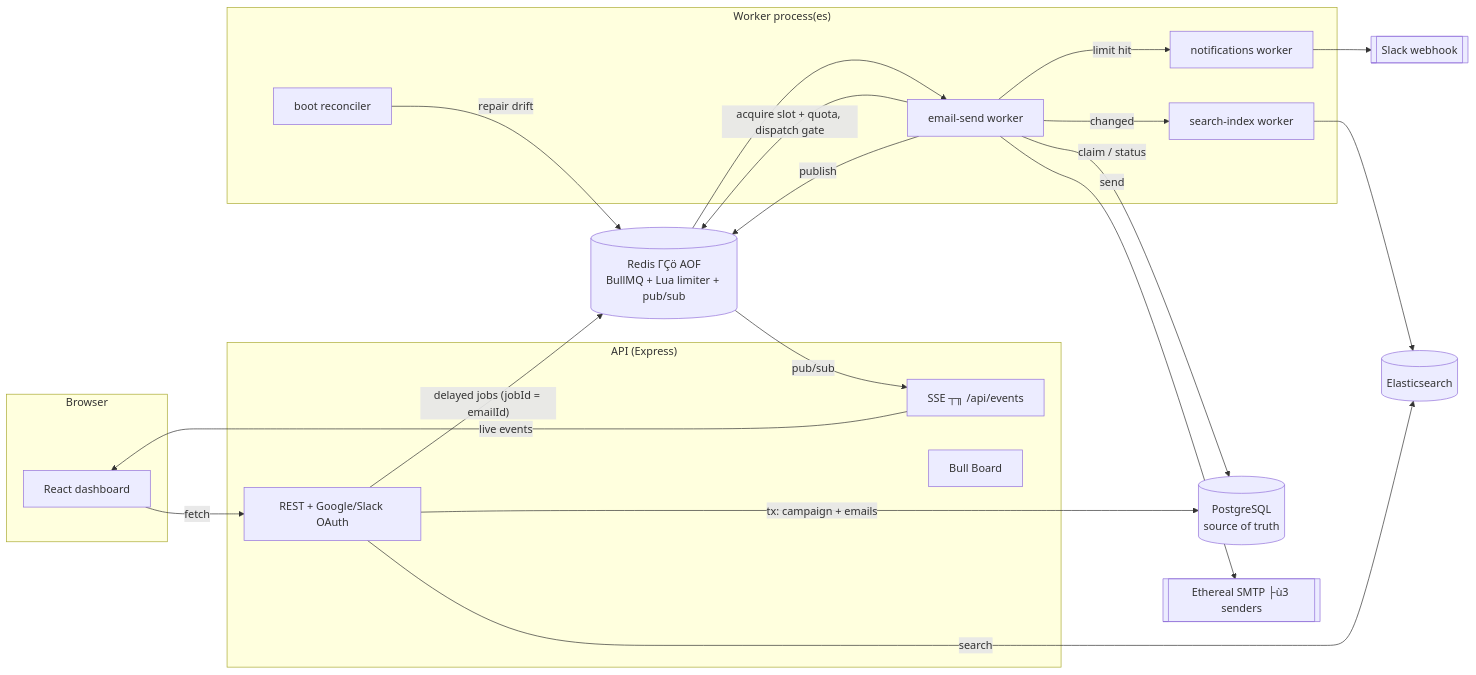
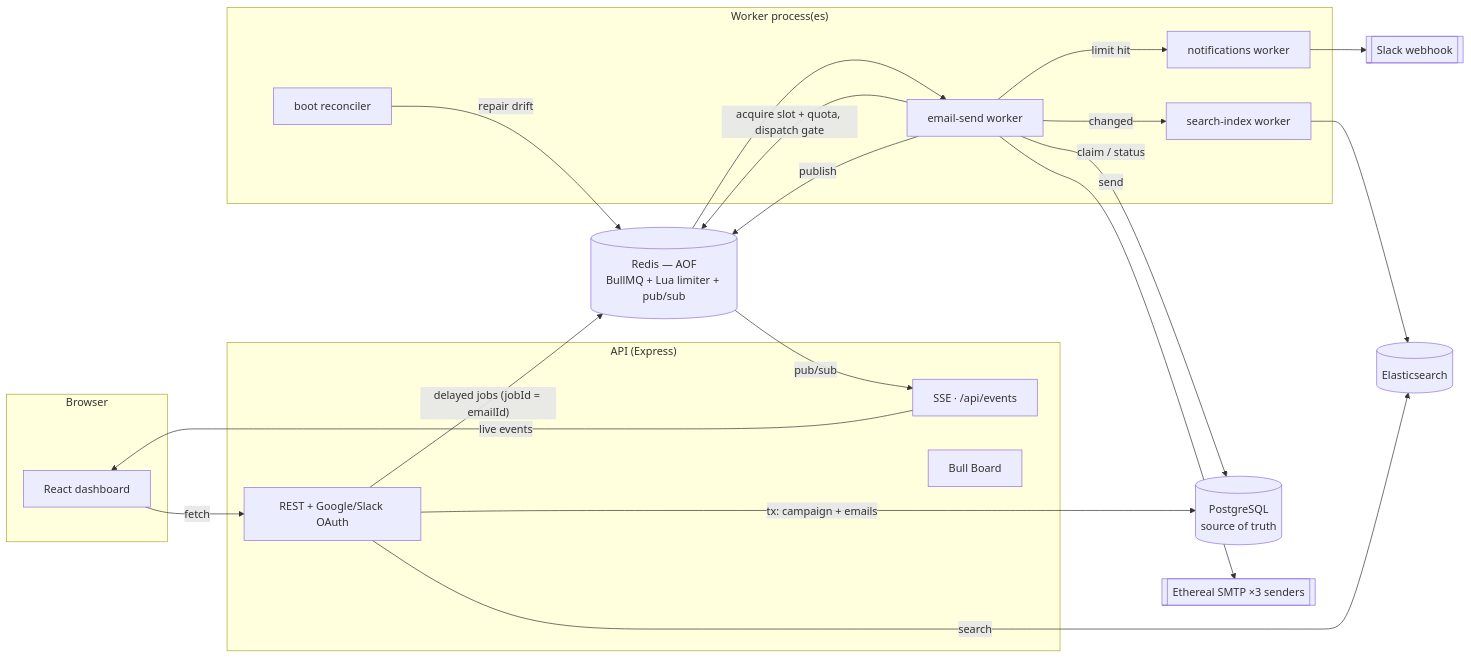
Before and after one commit to PARAG-TIWARI/reachinbox-assessment: the diagram in README.md, drawn with Mermaid. The commit also changed other lines of this file and 5 other files, not shown here.

````diff
--- a/README.md
+++ b/README.md
@@ -145,36 +145,36 @@
 ```mermaid
 flowchart LR
   subgraph Browser
     UI[React dashboard]
   end
   subgraph API["API (Express)"]
     R[REST + Google/Slack OAuth]
-    SSE["SSE ┬╖ /api/events"]
+    SSE["SSE · /api/events"]
     BB[Bull Board]
   end
   subgraph Worker["Worker process(es)"]
     EW[email-send worker]
     NW[notifications worker]
     IW[search-index worker]
     REC[boot reconciler]
   end
   PG[(PostgreSQL<br/>source of truth)]
-  RD[(Redis ΓÇö AOF<br/>BullMQ + Lua limiter + pub/sub)]
+  RD[(Redis — AOF<br/>BullMQ + Lua limiter + pub/sub)]
   ES[(Elasticsearch)]
-  SMTP[[Ethereal SMTP ├ù3 senders]]
+  SMTP[[Ethereal SMTP ×3 senders]]
   SL[[Slack webhook]]
 
   UI -- fetch --> R
   SSE -- live events --> UI
   R -- tx: campaign + emails --> PG
   R -- delayed jobs (jobId = emailId) --> RD
   RD --> EW
   EW -- claim / status --> PG
   EW -- acquire slot + quota, dispatch gate --> RD
   EW -- send --> SMTP
   EW -- limit hit --> NW --> SL
   EW -- changed --> IW --> ES
   R -- search --> ES
   EW -- publish --> RD -- pub/sub --> SSE
   REC -- repair drift --> RD
 ```
````
